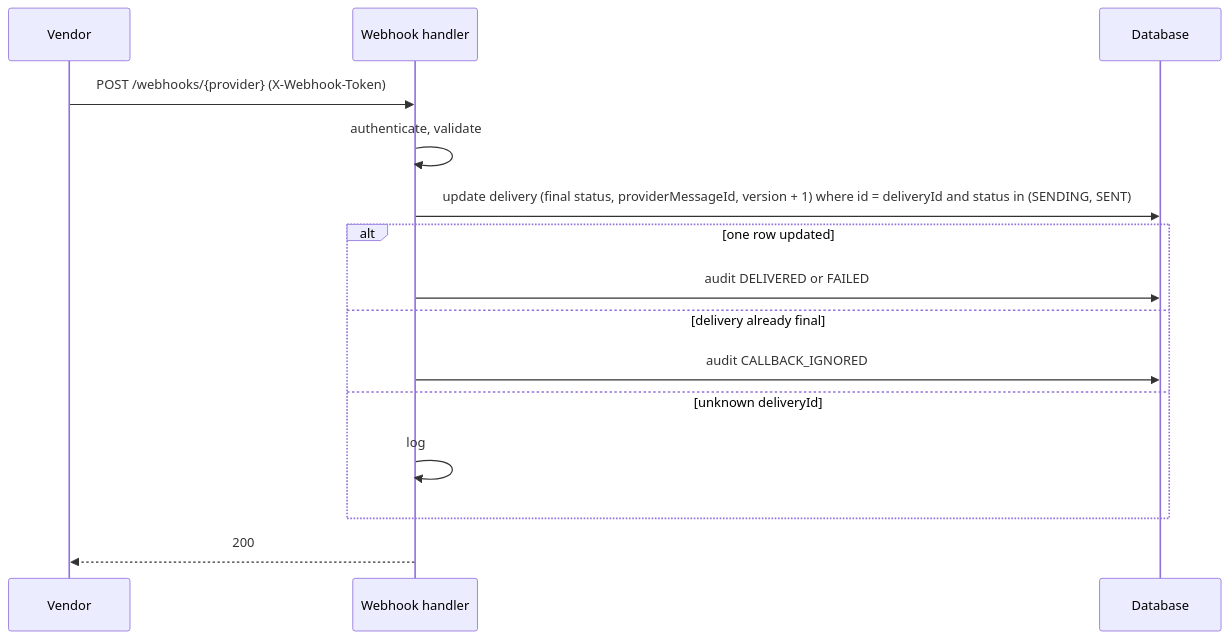
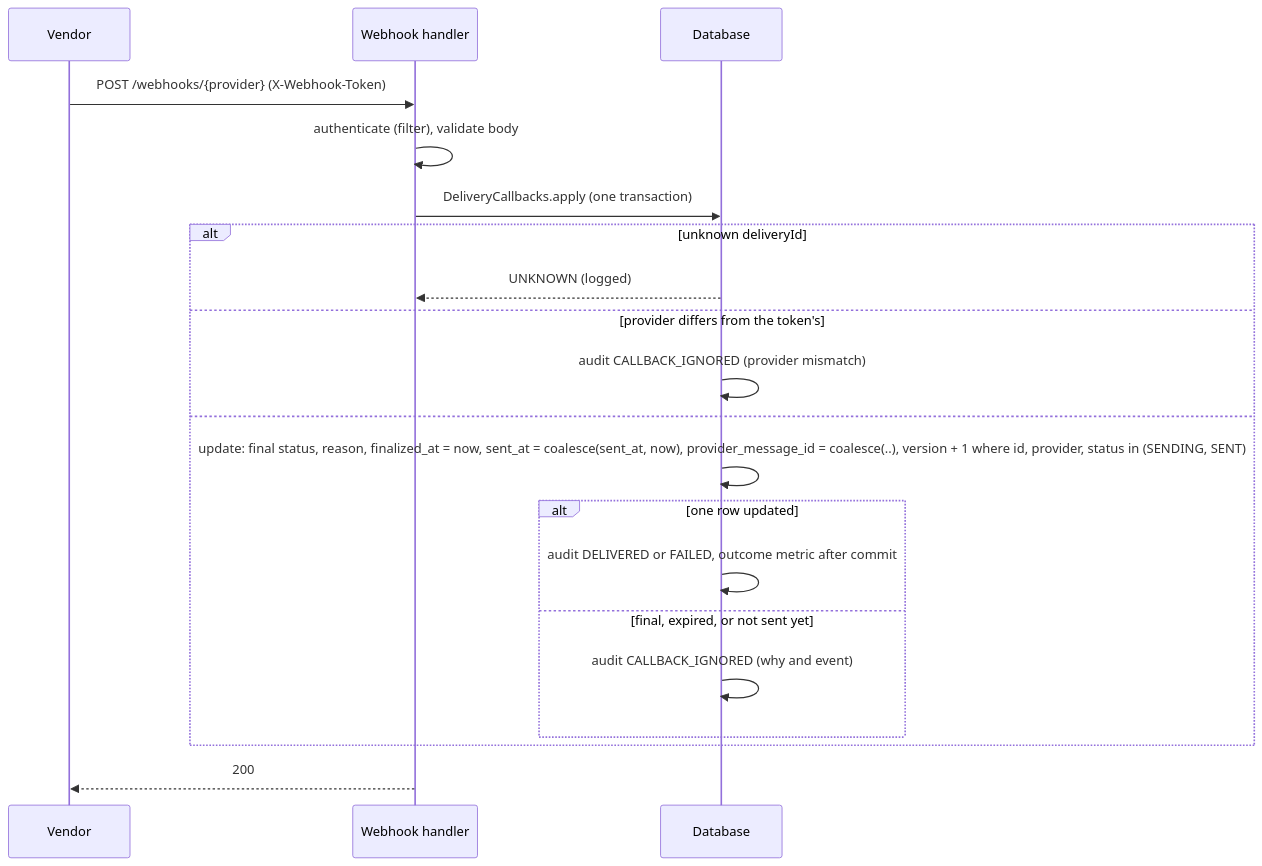
Before and after one commit to radwara/nms: the sixth of 6 diagrams in docs/architecture.md, drawn with Mermaid. The commit also changed other lines of this file and 3 other files, not shown here.

Commit message:
docs: status, audit, and callback contract, A-24, A-47 - A-49 (#11)

````diff
--- a/docs/architecture.md
+++ b/docs/architecture.md
@@ -499,17 +518,22 @@
 ```mermaid
 sequenceDiagram
     participant V as Vendor
     participant H as Webhook handler
     participant D as Database
     V->>H: POST /webhooks/{provider} (X-Webhook-Token)
-    H->>H: authenticate, validate
-    H->>D: update delivery (final status, providerMessageId, version + 1) where id = deliveryId and status in (SENDING, SENT)
-    alt one row updated
-        H->>D: audit DELIVERED or FAILED
-    else delivery already final
-        H->>D: audit CALLBACK_IGNORED
-    else unknown deliveryId
-        H->>H: log
+    H->>H: authenticate (filter), validate body
+    H->>D: DeliveryCallbacks.apply (one transaction)
+    alt unknown deliveryId
+        D-->>H: UNKNOWN (logged)
+    else provider differs from the token's
+        D->>D: audit CALLBACK_IGNORED (provider mismatch)
+    else
+        D->>D: update: final status, reason, finalized_at = now, sent_at = coalesce(sent_at, now), provider_message_id = coalesce(..), version + 1 where id, provider, status in (SENDING, SENT)
+        alt one row updated
+            D->>D: audit DELIVERED or FAILED, outcome metric after commit
+        else final, expired, or not sent yet
+            D->>D: audit CALLBACK_IGNORED (why and event)
+        end
     end
     H-->>V: 200
 ```
````
